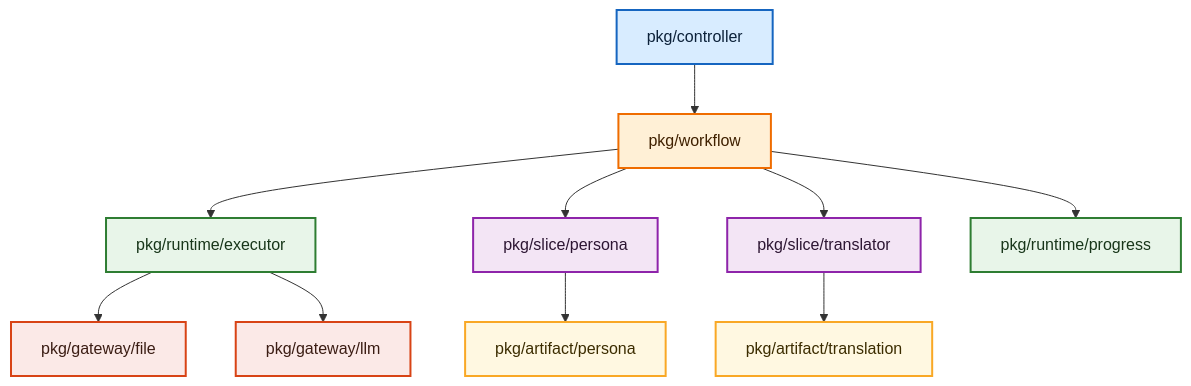
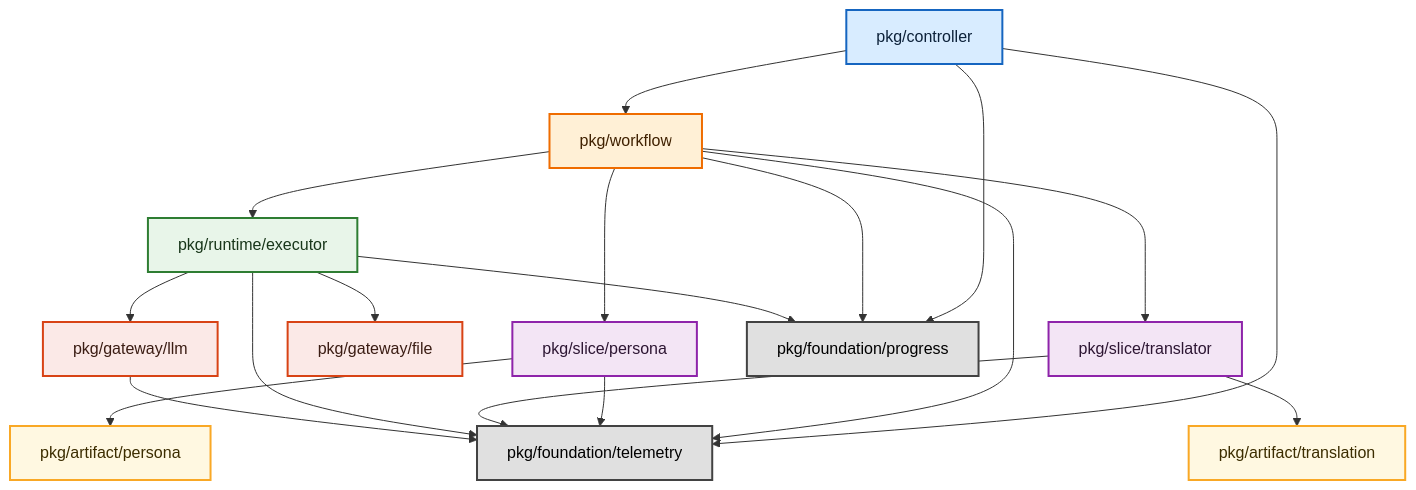
Before and after one commit to ishibata91/ai-translation-engine-2: the diagram in openspec/specs/architecture.md, drawn with Mermaid. The commit also changed other lines of this file and 56 other files, not shown here.

First line of the commit message:
refactor: Migrate `telemetry` and `progress` to `foundation`, update imports, and enforce boundaries

````diff
--- a/openspec/specs/architecture.md
+++ b/openspec/specs/architecture.md
@@ -94,30 +95,41 @@
 ```mermaid
 graph TD
     classDef controller fill:#d8ecff,stroke:#1565c0,stroke-width:2px,color:#0d223a;
     classDef workflow fill:#fff0d6,stroke:#ef6c00,stroke-width:2px,color:#402100;
     classDef slice fill:#f3e5f5,stroke:#8e24aa,stroke-width:2px,color:#2d1633;
     classDef runtime fill:#e8f5e9,stroke:#2e7d32,stroke-width:2px,color:#18361a;
     classDef artifact fill:#fff8e1,stroke:#f9a825,stroke-width:2px,color:#3c2d00;
     classDef gateway fill:#fbe9e7,stroke:#d84315,stroke-width:2px,color:#3b1d14;
+    classDef foundation fill:#e0e0e0,stroke:#424242,stroke-width:2px,color:#000000;
 
     C["pkg/controller"]:::controller
     W["pkg/workflow"]:::workflow
     S1["pkg/slice/persona"]:::slice
     S2["pkg/slice/translator"]:::slice
     R1["pkg/runtime/executor"]:::runtime
-    R2["pkg/runtime/progress"]:::runtime
     A1["pkg/artifact/persona"]:::artifact
     A2["pkg/artifact/translation"]:::artifact
     G1["pkg/gateway/file"]:::gateway
     G2["pkg/gateway/llm"]:::gateway
+    F1["pkg/foundation/telemetry"]:::foundation
+    F2["pkg/foundation/progress"]:::foundation
 
     C --> W
     W --> R1
-    W --> R2
     W --> S1
     W --> S2
     S1 --> A1
     S2 --> A2
     R1 --> G1
     R1 --> G2
+
+    C --> F1
+    C --> F2
+    W --> F1
+    W --> F2
+    S1 --> F1
+    S2 --> F1
+    R1 --> F1
+    R1 --> F2
+    G2 --> F1
 ```
````
